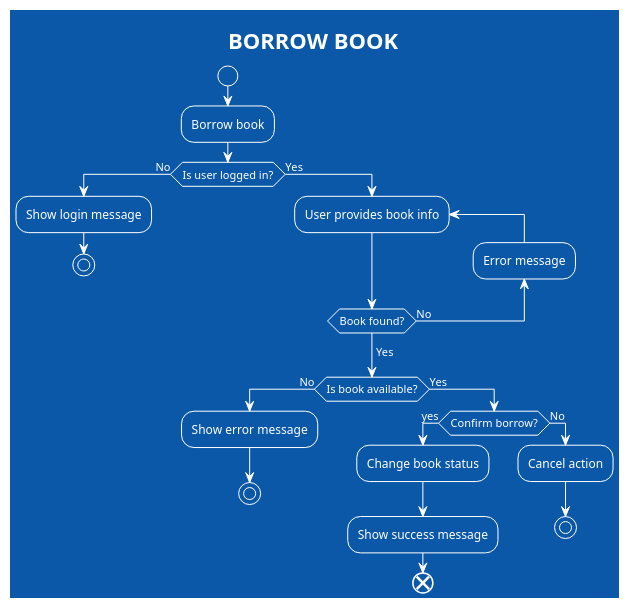
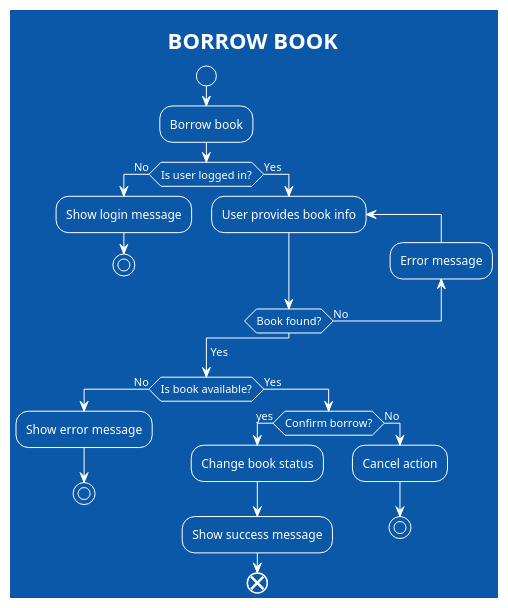
The fourth of 7 diagrams in flowcharts/flowchart-diagrams.md (Gabe-Alvess/LibraryAppDiagrams), drawn with PlantUML before and after one commit. The commit also changed other lines of this file and 4 other files, not shown here.

````diff
--- a/flowcharts/flowchart-diagrams.md
+++ b/flowcharts/flowchart-diagrams.md
@@ -78,32 +90,35 @@
 ```plantuml
 
 @startuml
 
 !theme amiga
 title BORROW BOOK
 
 start
 :Borrow book;
 if (Is user logged in?) then (No)
-:Show login message;
-stop
+    :Show login message;
+    stop
 else (Yes)
-repeat:User provides book info;
-backward:Error message;
-repeat while (Book found?) is (No)
+    repeat:User provides book info;
+    backward:Error message;
+    repeat while (Book found?) is (No)
+endif
 ->Yes;
 if (Is book available?) then (No)
-:Show error message;
-stop
+    :Show error message;
+    stop
 else (Yes)
-if (Confirm borrow?) then (yes)
-:Change book status;
-:Show success message;
-end
-else (No)
-:Cancel action;
-stop
+    if (Confirm borrow?) then (yes)
+        :Change book status;
+        :Show success message;
+        end
+    else (No)
+        :Cancel action;
+        stop
+    endif
+endif
 
 @enduml
 
 ```
````
